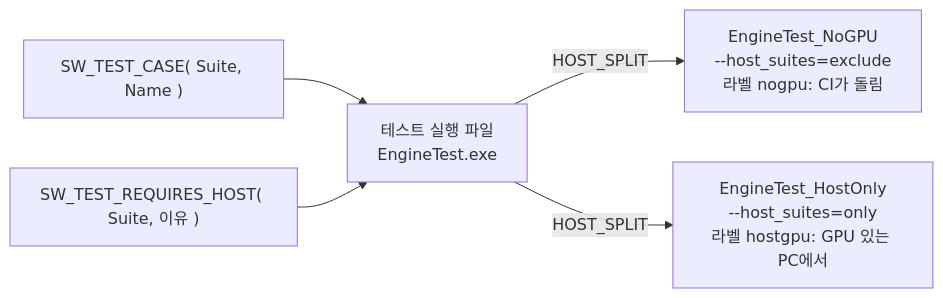
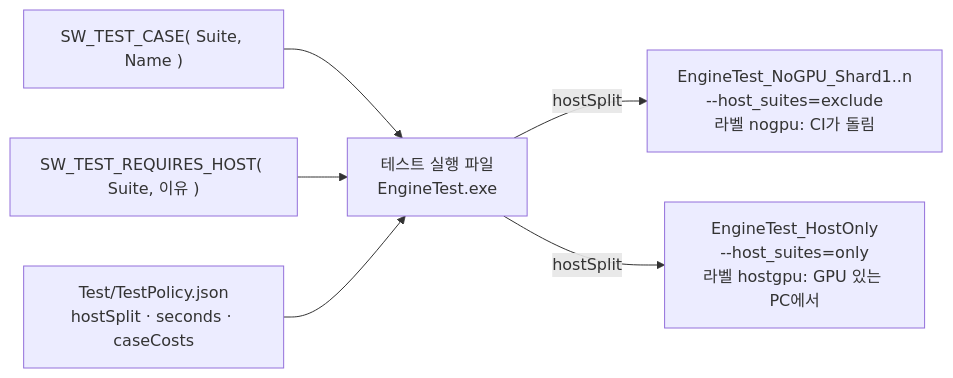
Before and after one commit to sswgame/LearningTemplate: the diagram in Test/README.md, drawn with Mermaid. The commit also changed other lines of this file and 32 other files, not shown here.

````diff
--- a/Test/README.md
+++ b/Test/README.md
@@ -35,7 +35,8 @@
 ```mermaid
 flowchart LR
   Case["SW_TEST_CASE( Suite, Name )"] --> Exe["테스트 실행 파일<br/>EngineTest.exe"]
   Host["SW_TEST_REQUIRES_HOST( Suite, 이유 )"] --> Exe
-  Exe -- "HOST_SPLIT" --> NoGPU["EngineTest_NoGPU<br/>--host_suites=exclude<br/>라벨 nogpu: CI가 돌림"]
-  Exe -- "HOST_SPLIT" --> HostOnly["EngineTest_HostOnly<br/>--host_suites=only<br/>라벨 hostgpu: GPU 있는 PC에서"]
+  Policy["Test/TestPolicy.json<br/>hostSplit · seconds · caseCosts"] --> Exe
+  Exe -- "hostSplit" --> NoGPU["EngineTest_NoGPU_Shard1..n<br/>--host_suites=exclude<br/>라벨 nogpu: CI가 돌림"]
+  Exe -- "hostSplit" --> HostOnly["EngineTest_HostOnly<br/>--host_suites=only<br/>라벨 hostgpu: GPU 있는 PC에서"]
 ```
````
